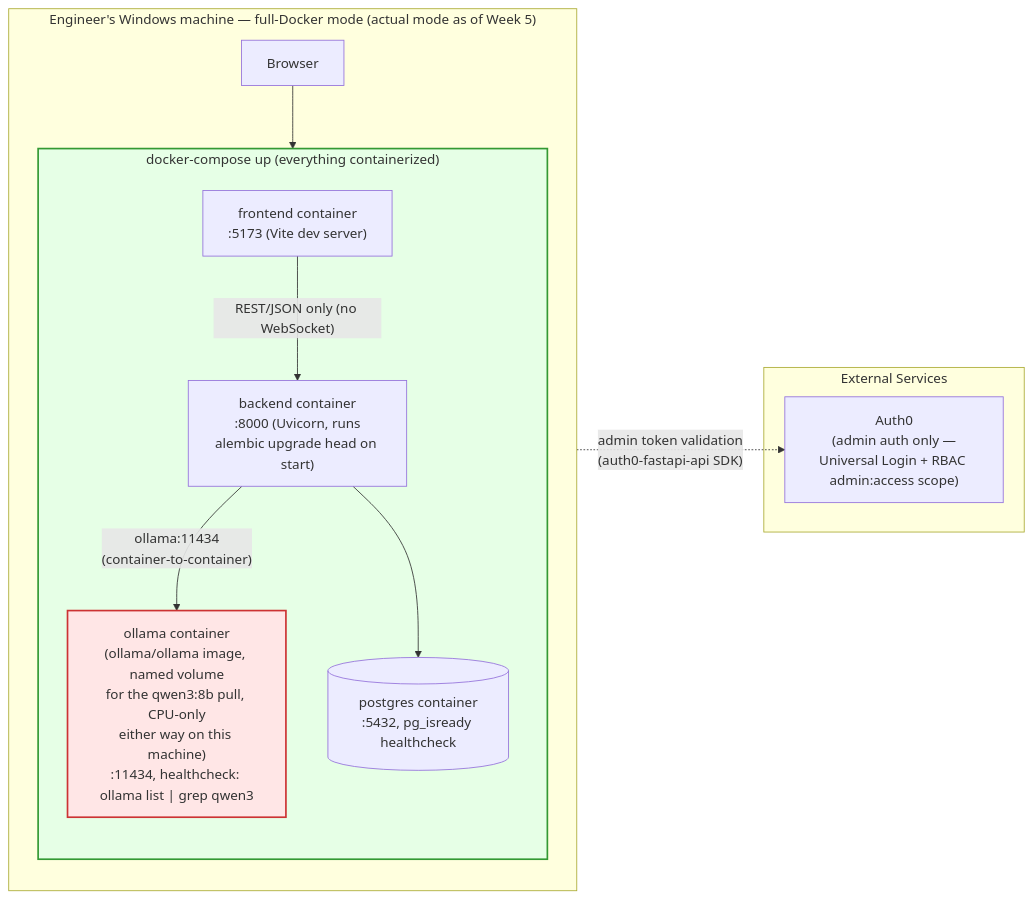
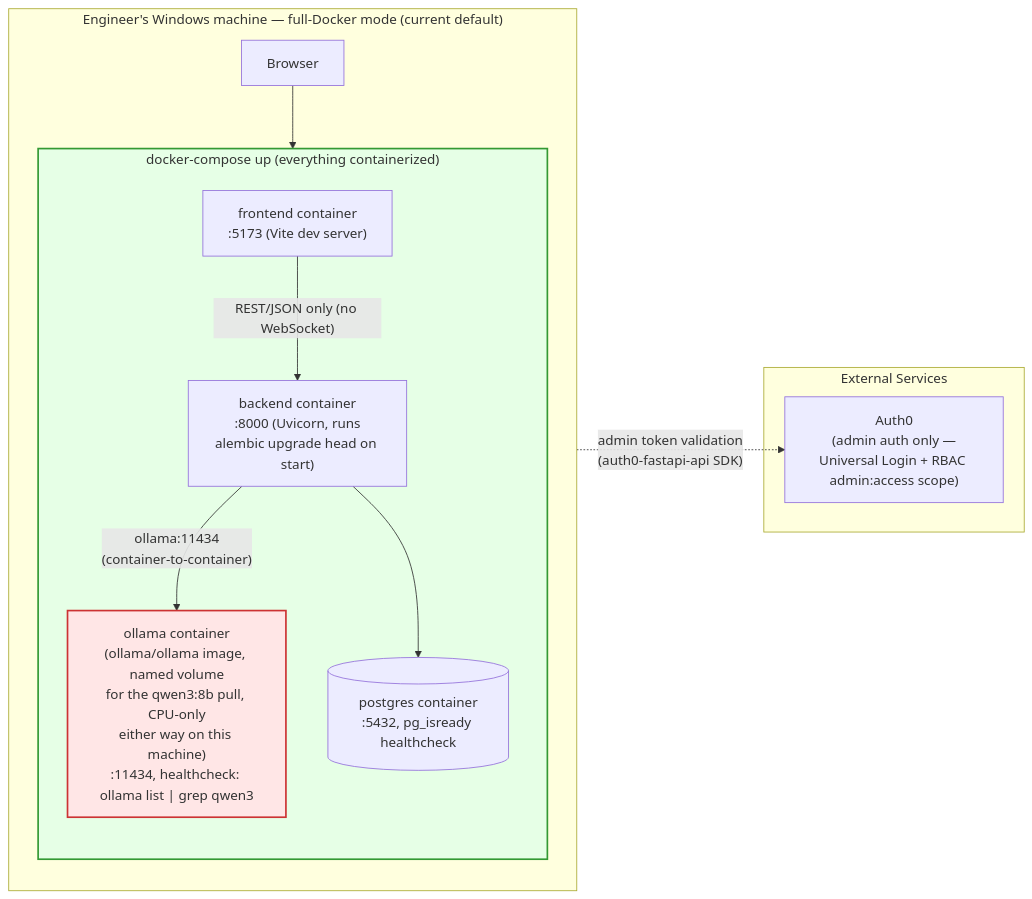
Before and after one commit to ZemaKing/secure-ship-ai: the first of 2 diagrams in docs/diagrams/6.5-deployment-topology.md, drawn with Mermaid. The commit also changed other lines of this file and 32 other files, not shown here.

````diff
--- a/docs/diagrams/6.5-deployment-topology.md
+++ b/docs/diagrams/6.5-deployment-topology.md
@@ -5,27 +5,27 @@
 ```mermaid
 flowchart LR
-    subgraph DevMachine["Engineer's Windows machine — full-Docker mode (actual mode as of Week 5)"]
+    subgraph DevMachine["Engineer's Windows machine — full-Docker mode (current default)"]
         direction TB
         subgraph Compose["docker-compose up (everything containerized)"]
             direction TB
             ReactC2["frontend container<br/>:5173 (Vite dev server)"]
             PyC2["backend container<br/>:8000 (Uvicorn, runs<br/>alembic upgrade head on start)"]
             PgC2[("postgres container<br/>:5432, pg_isready healthcheck")]
             OllamaC["ollama container<br/>(ollama/ollama image, named volume<br/>for the qwen3:8b pull, CPU-only<br/>either way on this machine)<br/>:11434, healthcheck: ollama list | grep qwen3"]
         end
         Browser2[Browser]
     end
 
     subgraph Cloud["External Services"]
         AuthProvider["Auth0<br/>(admin auth only —<br/>Universal Login + RBAC admin:access scope)"]
     end
 
     Browser2 --> ReactC2
     ReactC2 -->|"REST/JSON only (no WebSocket)"| PyC2
     PyC2 -->|"ollama:11434<br/>(container-to-container)"| OllamaC
     PyC2 --> PgC2
     PyC2 -.->|"admin token validation<br/>(auth0-fastapi-api SDK)"| AuthProvider
 
     style Compose fill:#e6ffe6,stroke:#339933,stroke-width:2px
     style OllamaC fill:#ffe6e6,stroke:#cc3333,stroke-width:2px
 ```
````
